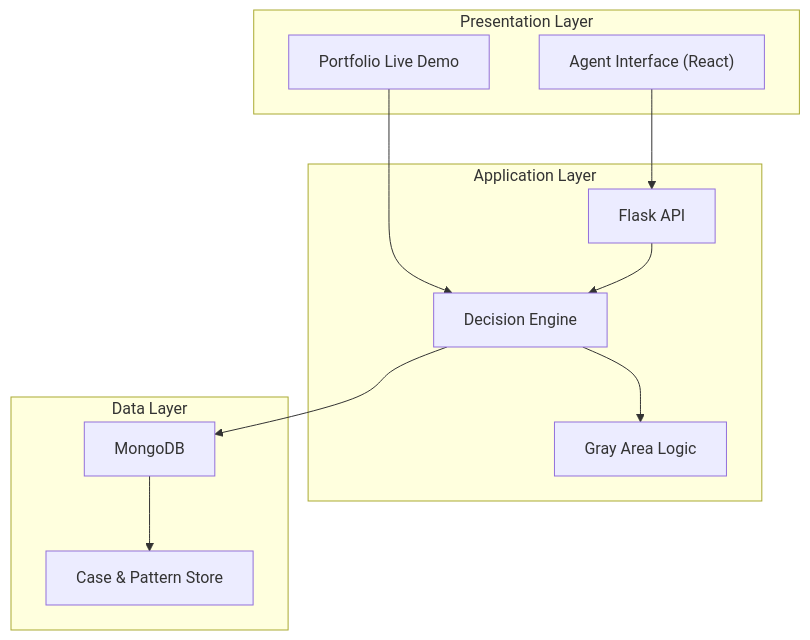
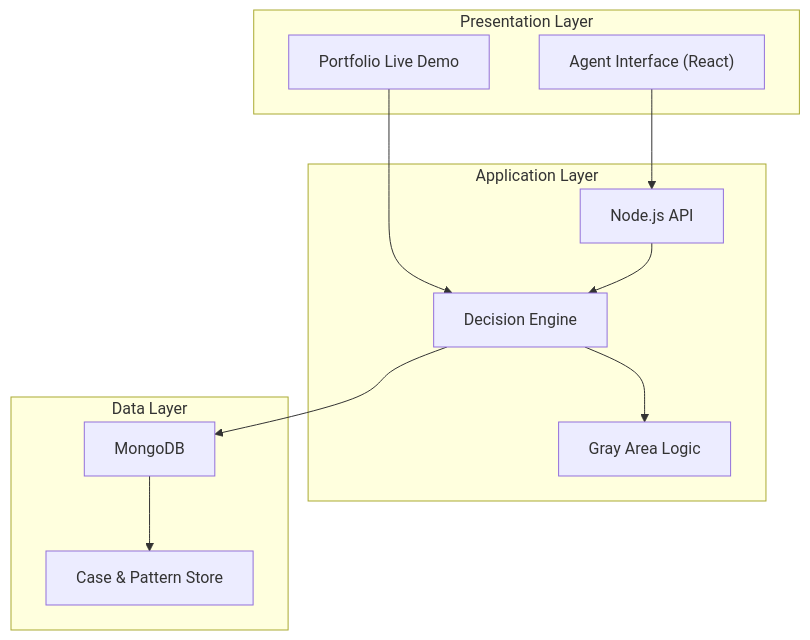
One commit to hudaalzharani-commits/Call-Helper-showcase changed the diagram in architecture/system-architecture-overview.md. Above: the diagram before and after it, drawn with Mermaid. The commit also changed other lines of this file and 1 other file, not shown here.

Commit message:
Fix backend stack to Node.js instead of Python
Update architecture docs and README to reflect the actual Node.js backend.

````diff
--- a/architecture/system-architecture-overview.md
+++ b/architecture/system-architecture-overview.md
@@ -7,25 +7,25 @@
 ```mermaid
 flowchart TB
     subgraph Presentation["Presentation Layer"]
         UI["Agent Interface (React)"]
         Demo["Portfolio Live Demo"]
     end
 
     subgraph Application["Application Layer"]
-        API["Flask API"]
+        API["Node.js API"]
         Engine["Decision Engine"]
         Gray["Gray Area Logic"]
     end
 
     subgraph Data["Data Layer"]
         DB["MongoDB"]
         Cases["Case & Pattern Store"]
     end
 
     UI --> API
     Demo --> Engine
     API --> Engine
     Engine --> Gray
     Engine --> DB
     DB --> Cases
 ```
````
